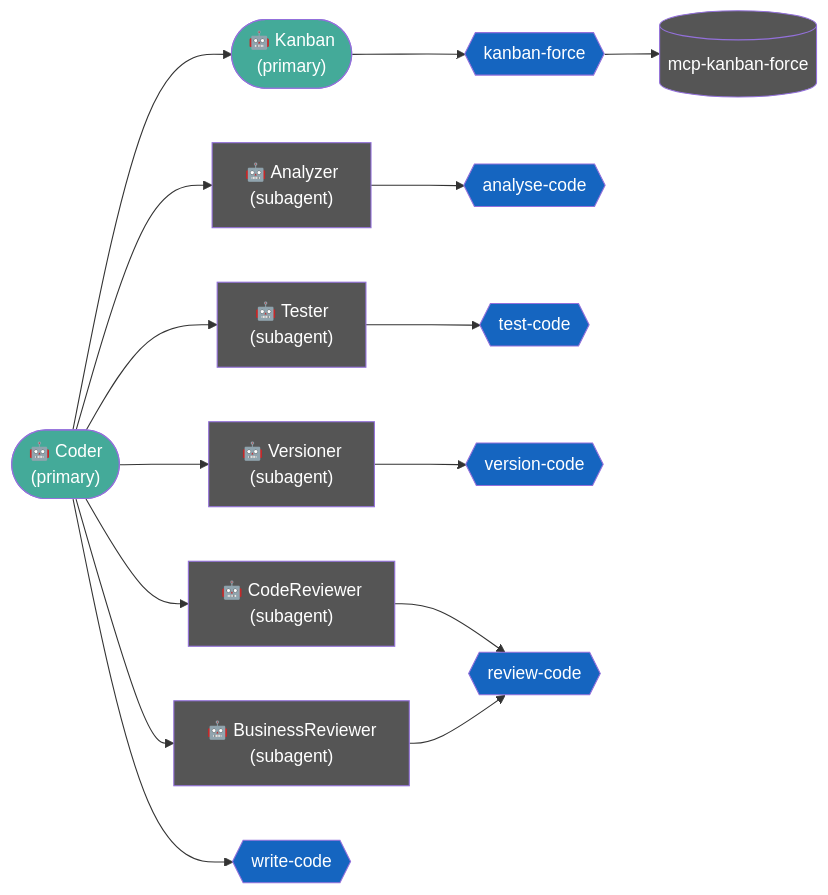
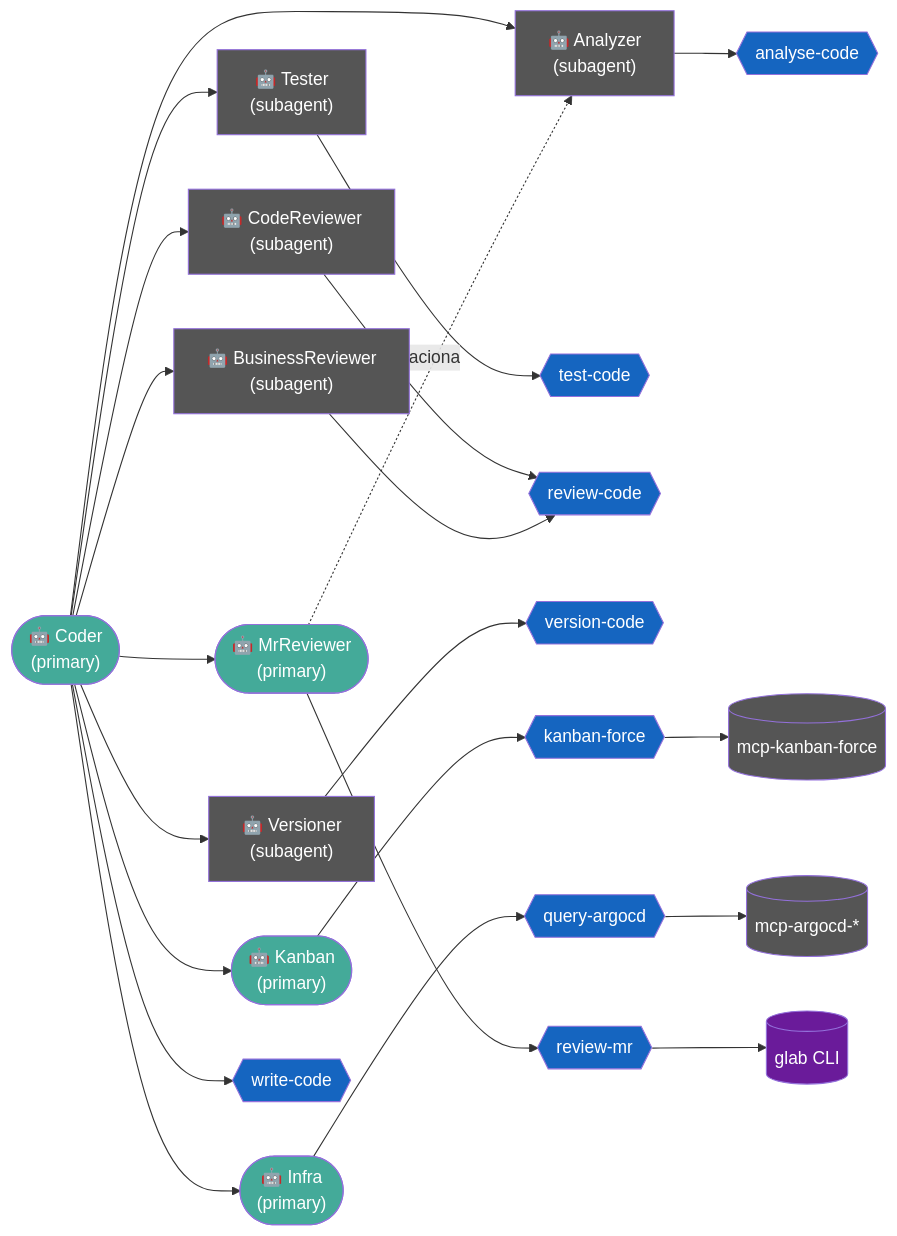
Before and after one commit to paraizofelipe/coder: the diagram in README.md, drawn with Mermaid.

Commit message:
docs(readme): add infra and mr_reviewer to coder flow diagram

````diff
--- a/README.md
+++ b/README.md
@@ -144,36 +144,48 @@
 ```mermaid
 flowchart LR
 
     Coder(["🤖 Coder\n(primary)"])
     Kanban(["🤖 Kanban\n(primary)"])
+    Infra(["🤖 Infra\n(primary)"])
+    MrReviewer(["🤖 MrReviewer\n(primary)"])
     Analyzer["🤖 Analyzer\n(subagent)"]
     Tester["🤖 Tester\n(subagent)"]
     Versioner["🤖 Versioner\n(subagent)"]
     CodeReviewer["🤖 CodeReviewer\n(subagent)"]
     BusinessReviewer["🤖 BusinessReviewer\n(subagent)"]
 
     Coder --> Analyzer
-    Coder --> Versioner
     Coder --> Tester
-    Coder --> Kanban
     Coder --> CodeReviewer
     Coder --> BusinessReviewer
+    Coder --> Versioner
+    Coder --> Kanban
+    Coder --> Infra
+    Coder --> MrReviewer
+
+    Coder --> write-code{{write-code}}:::task
+    Analyzer --> analyse-code{{analyse-code}}:::task
+    Tester --> test-code{{test-code}}:::task
+    CodeReviewer --> review-code{{review-code}}:::task
+    BusinessReviewer --> review-code{{review-code}}:::task
+    Versioner --> version-code{{version-code}}:::task
 
     Kanban --> kanban-force{{kanban-force}}:::task
-    kanban-force --> MCP[(mcp-kanban-force)]:::mcp
+    kanban-force --> kanbanMCP[(mcp-kanban-force)]:::mcp
 
-    Analyzer --> analyse-code{{analyse-code}}:::task
-    Tester --> test-code{{test-code}}:::task
-    Versioner --> version-code{{version-code}}:::task
-    Coder --> write-code{{write-code}}:::task
-    CodeReviewer --> review-code{{review-code}}:::task
-    BusinessReviewer --> review-code{{review-code}}:::task
+    Infra --> query-argocd{{query-argocd}}:::task
+    query-argocd --> argocdMCP[(mcp-argocd-*)]:::mcp
+
+    MrReviewer --> review-mr{{review-mr}}:::task
+    review-mr --> glabCLI[(glab CLI)]:::cli
+    MrReviewer -.aciona.-> Analyzer
 
     classDef agent fill:#4A9,color:#fff
     classDef subAgent fill:#555,color:#fff
     classDef task fill:#1565C0,color:#fff
     classDef mcp fill:#555,color:#fff
+    classDef cli fill:#6A1B9A,color:#fff
 
-    class Coder,Kanban agent
+    class Coder,Kanban,Infra,MrReviewer agent
     class Analyzer,Tester,Versioner,CodeReviewer,BusinessReviewer subAgent
 ```
````
